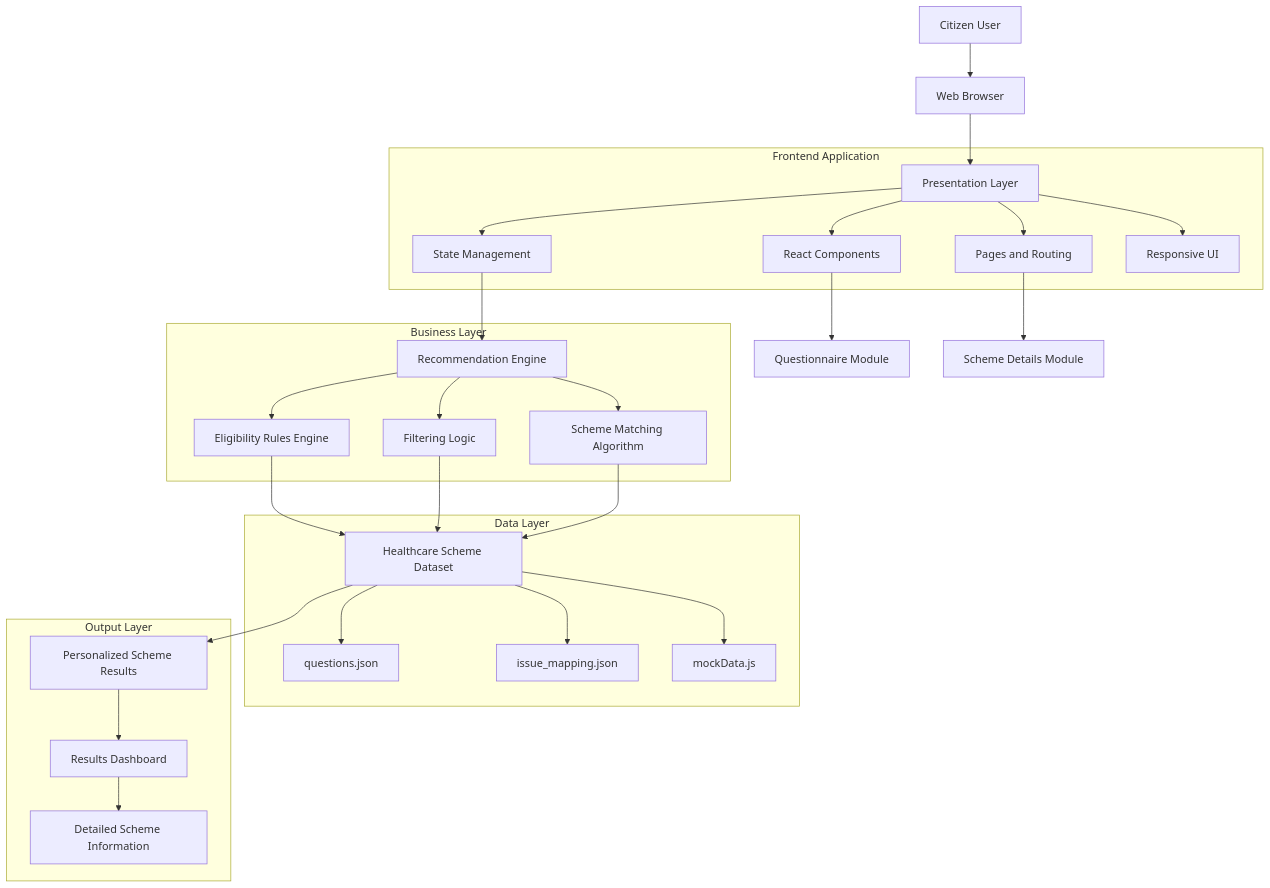
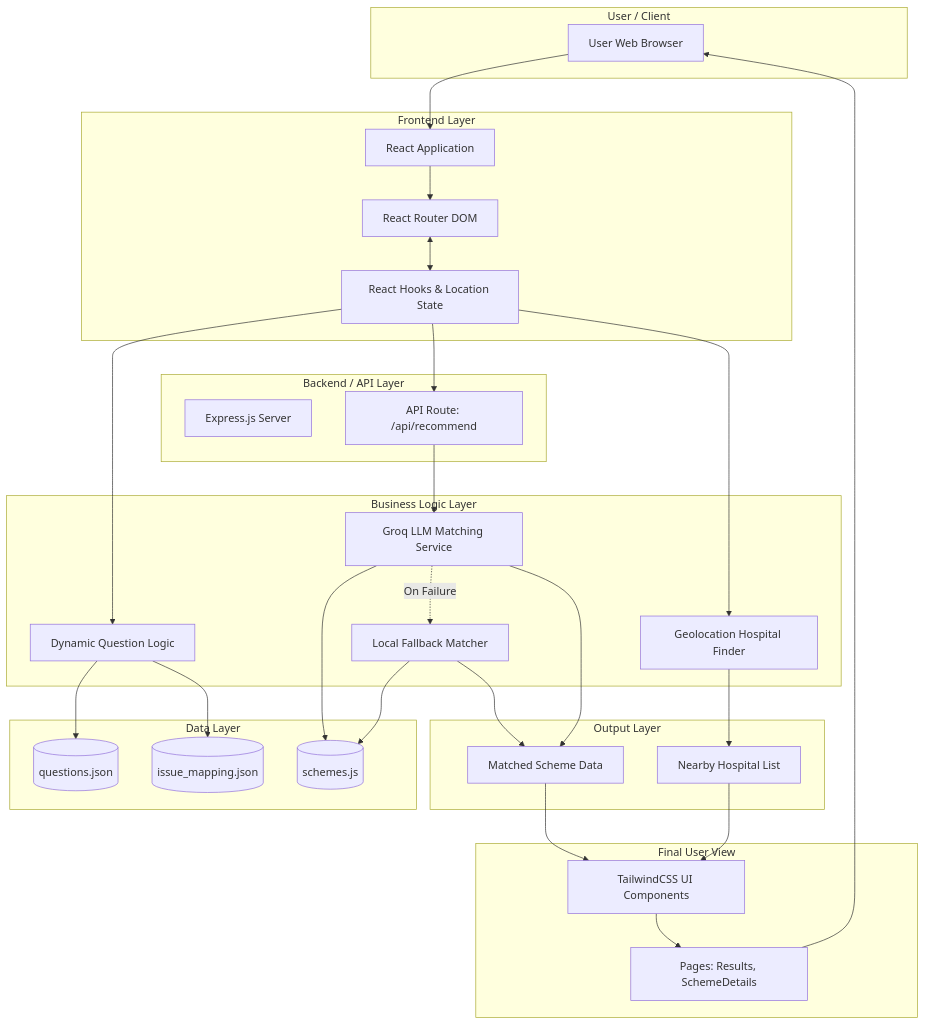
One commit to Saravanan2005real/Government-medical-schemes-chatbot changed the first of 2 diagrams in README.md. Above: the diagram before and after it, drawn with Mermaid. The commit also changed other lines of this file, not shown here.

Commit message:
docs: add system architecture and workflow documentation

````diff
--- a/README.md
+++ b/README.md
@@ -7,38 +3,65 @@
 ```mermaid
 graph TD
+    subgraph "User / Client"
+        Browser[User Web Browser]
+    end
 
-A[Citizen User] --> B[Web Browser]
-B --> C[Presentation Layer]
+    subgraph "Frontend Layer"
+        App[React Application]
+        Router[React Router DOM]
+        State[React Hooks & Location State]
+    end
 
-subgraph Frontend Application
-C --> D[React Components]
-C --> E[Pages and Routing]
-C --> F[State Management]
-C --> G[Responsive UI]
-end
+    subgraph "Backend / API Layer"
+        Server[Express.js Server]
+        Endpoints[API Route: /api/recommend]
+    end
 
-D --> H[Questionnaire Module]
-E --> I[Scheme Details Module]
-F --> J[Recommendation Engine]
+    subgraph "Business Logic Layer"
+        QuestionLogic[Dynamic Question Logic]
+        GroqService[Groq LLM Matching Service]
+        FallbackMatcher[Local Fallback Matcher]
+        HospitalLogic[Geolocation Hospital Finder]
+    end
 
-subgraph Business Layer
-J --> K[Eligibility Rules Engine]
-J --> L[Filtering Logic]
-J --> M[Scheme Matching Algorithm]
-end
+    subgraph "Data Layer"
+        Schemes[(schemes.js)]
+        Questions[(questions.json)]
+        Mappings[(issue_mapping.json)]
+    end
 
-subgraph Data Layer
-K --> N[Healthcare Scheme Dataset]
-L --> N
-M --> N
-N --> O[questions.json]
-N --> P[issue_mapping.json]
-N --> Q[mockData.js]
-end
+    subgraph "Output Layer"
+        MatchedSchemes[Matched Scheme Data]
+        HospitalData[Nearby Hospital List]
+    end
 
-subgraph Output Layer
-N --> R[Personalized Scheme Results]
-R --> S[Results Dashboard]
-S --> T[Detailed Scheme Information]
-end
+    subgraph "Final User View"
+        UI[TailwindCSS UI Components]
+        Pages[Pages: Results, SchemeDetails]
+    end
+
+    Browser --> App
+    App --> Router
+    Router <--> State
+    
+    State --> QuestionLogic
+    QuestionLogic --> Questions
+    QuestionLogic --> Mappings
+    
+    State --> Endpoints
+    Endpoints --> GroqService
+    GroqService --> Schemes
+    GroqService -. "On Failure" .-> FallbackMatcher
+    FallbackMatcher --> Schemes
+    
+    State --> HospitalLogic
+    
+    GroqService --> MatchedSchemes
+    FallbackMatcher --> MatchedSchemes
+    HospitalLogic --> HospitalData
+    
+    MatchedSchemes --> UI
+    HospitalData --> UI
+    UI --> Pages
+    Pages --> Browser
 ```
````
